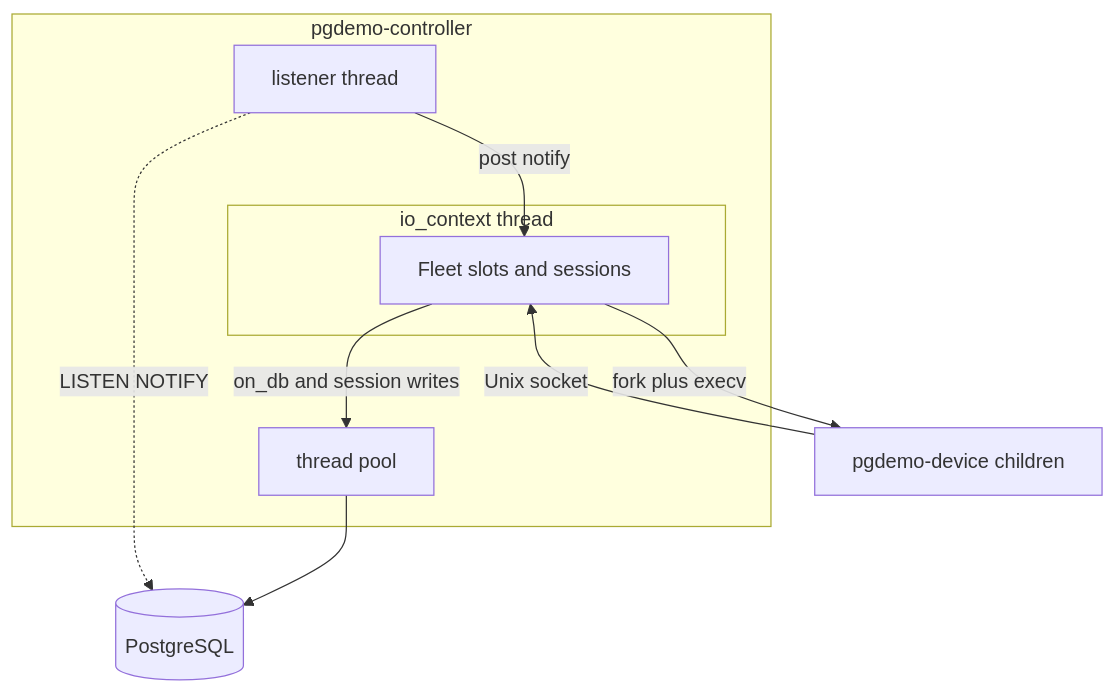
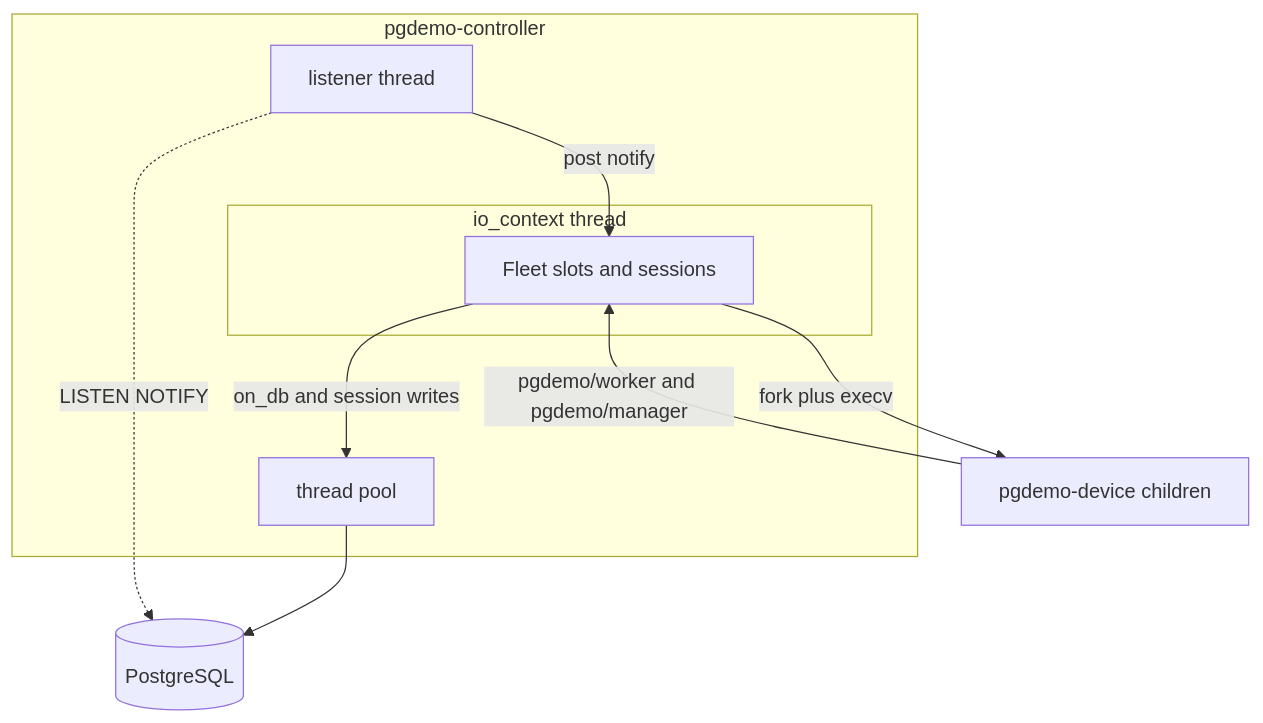
Before and after one commit to jgmatu/postgresql: the first of 2 diagrams in controller/README.md, drawn with Mermaid. The commit also changed other lines of this file and 44 other files, not shown here.

First line of the commit message:
Replace Unix-socket JSON frames with a ROS 2 contract between the manager and its workers.

````diff
--- a/controller/README.md
+++ b/controller/README.md
@@ -25,19 +25,19 @@
 ```mermaid
 flowchart TB
     subgraph ctl [pgdemo-controller]
         listener[listener thread]
         subgraph ioThread [io_context thread]
             fleet[Fleet slots and sessions]
         end
         pool[thread pool]
     end
     pg[(PostgreSQL)]
     devices[pgdemo-device children]
 
     listener -->|post notify| fleet
     fleet -->|on_db and session writes| pool
     pool --> pg
     listener -.->|LISTEN NOTIFY| pg
     fleet -->|fork plus execv| devices
-    devices -->|Unix socket| fleet
+    devices -->|pgdemo/worker and pgdemo/manager| fleet
 ```
````
